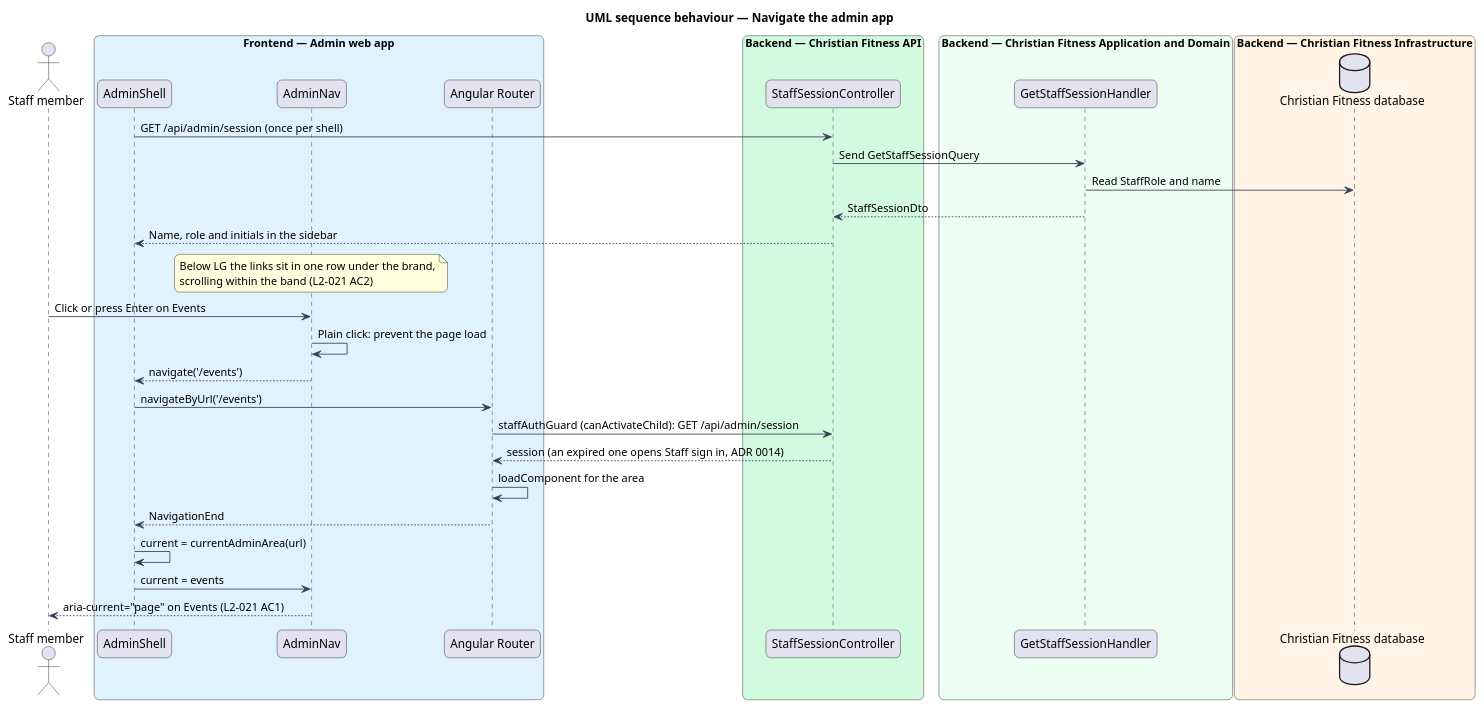
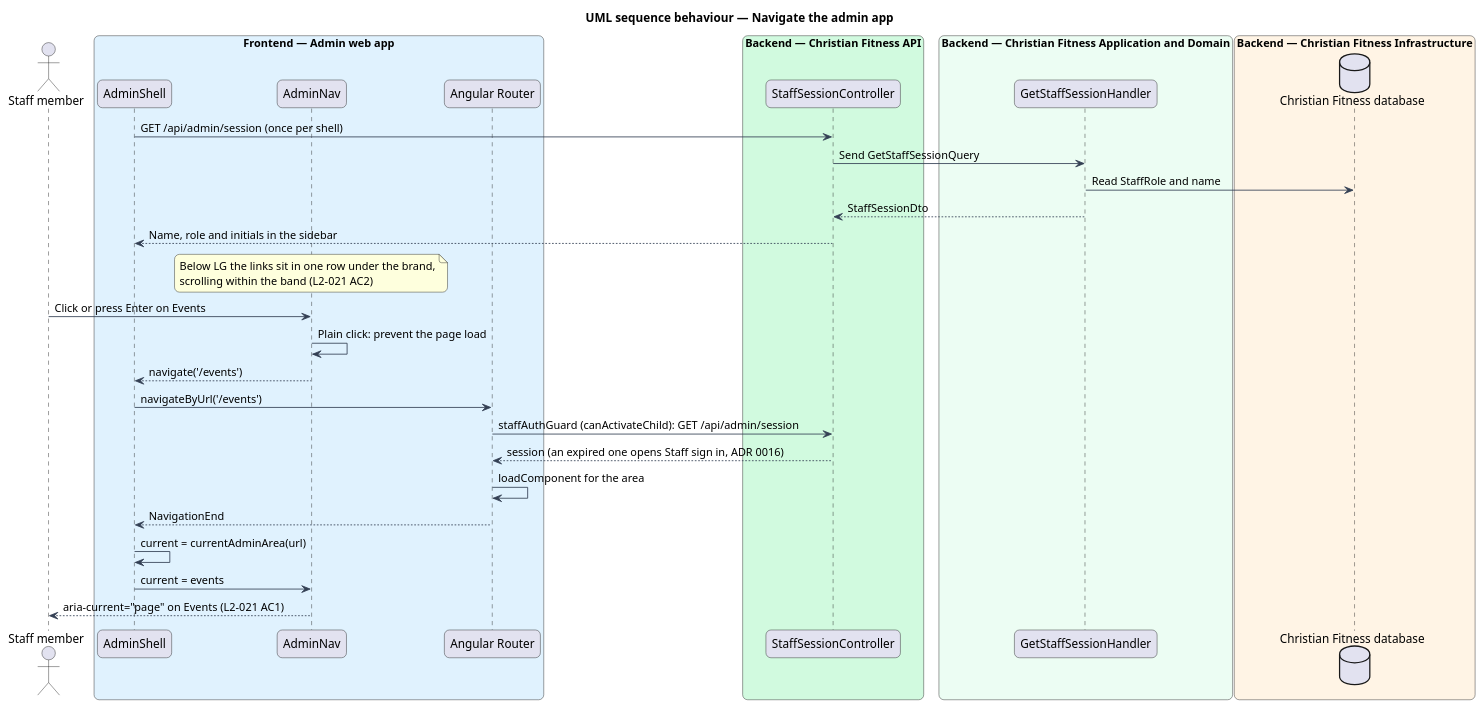
Before and after one commit to QuinntyneBrown/christian-fitness: the diagram in docs/detailed-designs/admin-access/navigate-admin-app/diagrams/sequence-navigate.puml, drawn with PlantUML. The commit also changed 32 other files, not shown here.

```diff
--- a/docs/detailed-designs/admin-access/navigate-admin-app/diagrams/sequence-navigate.puml
+++ b/docs/detailed-designs/admin-access/navigate-admin-app/diagrams/sequence-navigate.puml
@@ -1,49 +1,49 @@
 @startuml
 title UML sequence behaviour — Navigate the admin app
 skinparam backgroundColor #FFFFFF
 skinparam shadowing false
 skinparam roundcorner 12
 skinparam defaultFontName Arial
 skinparam ArrowColor #344054
 skinparam rectangle {
   BorderColor #344054
   FontColor #101828
 }
 skinparam package {
   BorderColor #667085
   FontColor #101828
   BackgroundColor #F9FAFB
 }
 actor "Staff member" as actor
 box "Frontend — Admin web app" #E0F2FE
   participant "AdminShell" as shell
   participant "AdminNav" as nav
   participant "Angular Router" as router
 end box
 box "Backend — Christian Fitness API" #D1FADF
   participant "StaffSessionController" as ctrl
 end box
 box "Backend — Christian Fitness Application and Domain" #ECFDF3
   participant "GetStaffSessionHandler" as handler
 end box
 box "Backend — Christian Fitness Infrastructure" #FFF4E5
   database "Christian Fitness database" as db
 end box
 shell -> ctrl : GET /api/admin/session (once per shell)
 ctrl -> handler : Send GetStaffSessionQuery
 handler -> db : Read StaffRole and name
 handler --> ctrl : StaffSessionDto
 ctrl --> shell : Name, role and initials in the sidebar
 note over nav : Below LG the links sit in one row under the brand,\nscrolling within the band (L2-021 AC2)
 actor -> nav : Click or press Enter on Events
 nav -> nav : Plain click: prevent the page load
 nav --> shell : navigate('/events')
 shell -> router : navigateByUrl('/events')
 router -> ctrl : staffAuthGuard (canActivateChild): GET /api/admin/session
-ctrl --> router : session (an expired one opens Staff sign in, ADR 0014)
+ctrl --> router : session (an expired one opens Staff sign in, ADR 0016)
 router -> router : loadComponent for the area
 router --> shell : NavigationEnd
 shell -> shell : current = currentAdminArea(url)
 shell -> nav : current = events
 nav --> actor : aria-current="page" on Events (L2-021 AC1)
 @enduml
```
